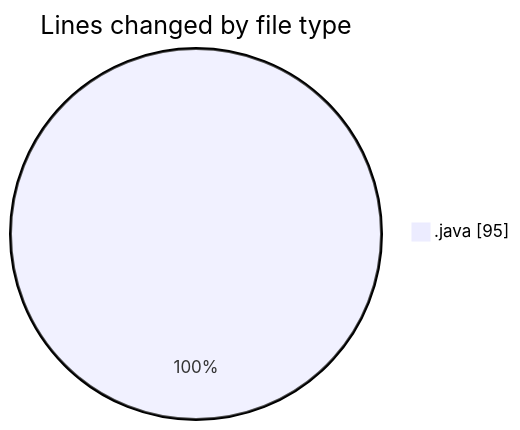
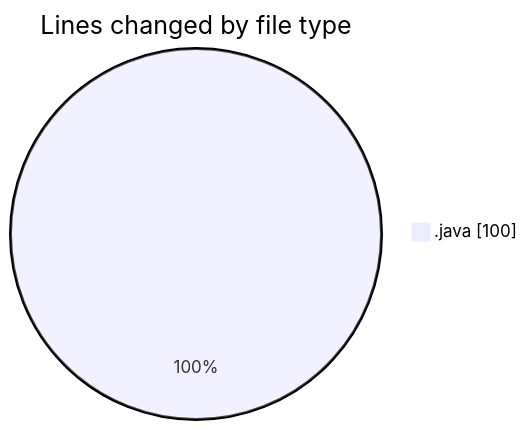
One commit to NitaiMahat/code-tracking changed the first of 2 diagrams in 2025-01-29/java/README.md. Above: the diagram before and after it, drawn with Mermaid. The commit also changed other lines of this file and 1 other file, not shown here.

````diff
--- a/2025-01-29/java/README.md
+++ b/2025-01-29/java/README.md
@@ -24,5 +24,5 @@
 ```mermaid
 pie showData
 title Lines changed by file type
-".java" : 95
+".java" : 100
 ```
````
